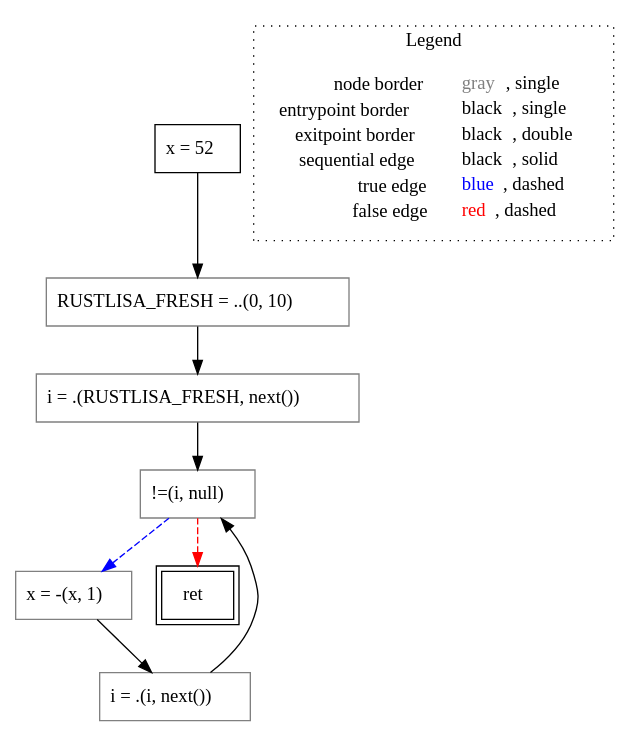
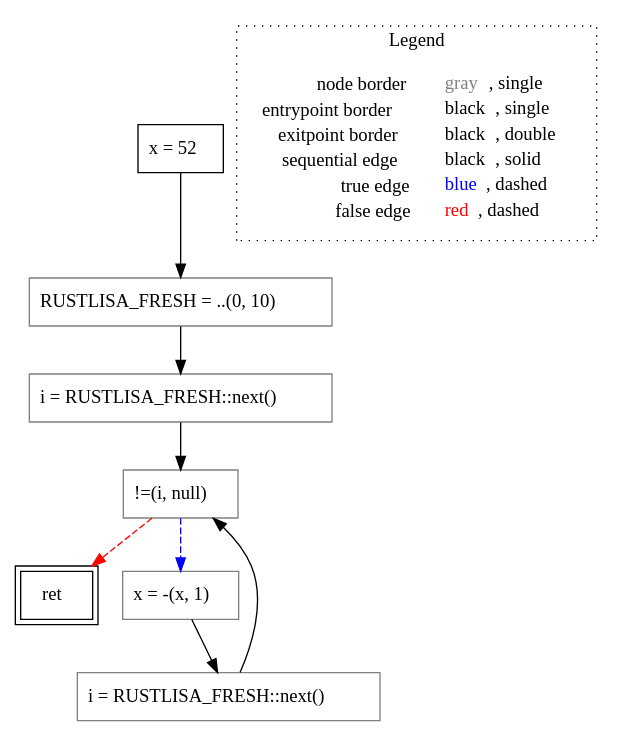
One commit to VincenzoArceri/rust-lisa changed the diagram in rust-lisa/rust-testcases/cfg/for/untyped_rust-testcases_cfg_for_for.rs.main().dot. Above: the diagram before and after it, drawn with Graphviz. The commit also changed 3 other files, not shown here.

```diff
--- a/rust-lisa/rust-testcases/cfg/for/untyped_rust-testcases_cfg_for_for.rs.main().dot
+++ b/rust-lisa/rust-testcases/cfg/for/untyped_rust-testcases_cfg_for_for.rs.main().dot
@@ -1,23 +1,23 @@
 digraph {
 	"node0" [shape="rect",color="black",label=<x = 52>];
 	"node1" [shape="rect",color="gray",label=<!=(i, null)>];
-	"node2" [shape="rect",color="gray",label=<x = -(x, 1)>];
-	"node3" [shape="rect",color="black",peripheries="2",label=<ret>];
-	"node4" [shape="rect",color="gray",label=<i = .(RUSTLISA_FRESH, next())>];
-	"node5" [shape="rect",color="gray",label=<RUSTLISA_FRESH = ..(0, 10)>];
-	"node6" [shape="rect",color="gray",label=<i = .(i, next())>];
-	"node1" -> "node3" [color="red",style="dashed"];
-	"node1" -> "node2" [color="blue",style="dashed"];
-	"node2" -> "node6" [color="black"];
+	"node2" [shape="rect",color="black",peripheries="2",label=<ret>];
+	"node3" [shape="rect",color="gray",label=<x = -(x, 1)>];
+	"node4" [shape="rect",color="gray",label=<i = RUSTLISA_FRESH::next()>];
+	"node5" [shape="rect",color="gray",label=<i = RUSTLISA_FRESH::next()>];
+	"node6" [shape="rect",color="gray",label=<RUSTLISA_FRESH = ..(0, 10)>];
+	"node1" -> "node2" [color="red",style="dashed"];
+	"node1" -> "node3" [color="blue",style="dashed"];
+	"node0" -> "node6" [color="black"];
+	"node3" -> "node5" [color="black"];
 	"node4" -> "node1" [color="black"];
-	"node0" -> "node5" [color="black"];
-	"node5" -> "node4" [color="black"];
-	"node6" -> "node1" [color="black"];
+	"node5" -> "node1" [color="black"];
+	"node6" -> "node4" [color="black"];
 subgraph cluster_legend {
 	label="Legend";
 	style=dotted;
 	node [shape=plaintext];
 	"legend" [label=<<table border="0" cellpadding="2" cellspacing="0" cellborder="0"><tr><td align="right">node border&nbsp;</td><td align="left"><font color="gray">gray</font>, single</td></tr><tr><td align="right">entrypoint border&nbsp;</td><td align="left"><font color="black">black</font>, single</td></tr><tr><td align="right">exitpoint border&nbsp;</td><td align="left"><font color="black">black</font>, double</td></tr><tr><td align="right">sequential edge&nbsp;</td><td align="left"><font color="black">black</font>, solid</td></tr><tr><td align="right">true edge&nbsp;</td><td align="left"><font color="blue">blue</font>, dashed</td></tr><tr><td align="right">false edge&nbsp;</td><td align="left"><font color="red">red</font>, dashed</td></tr></table>>];
 }
 
 }
```
